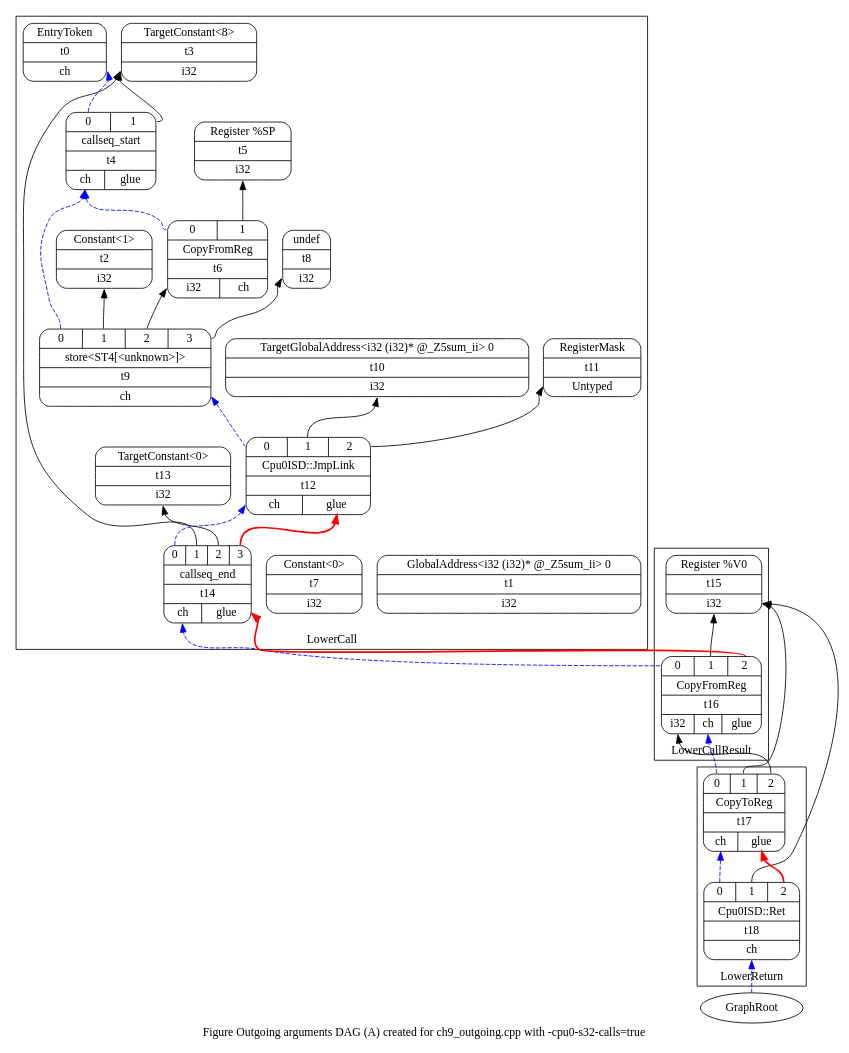
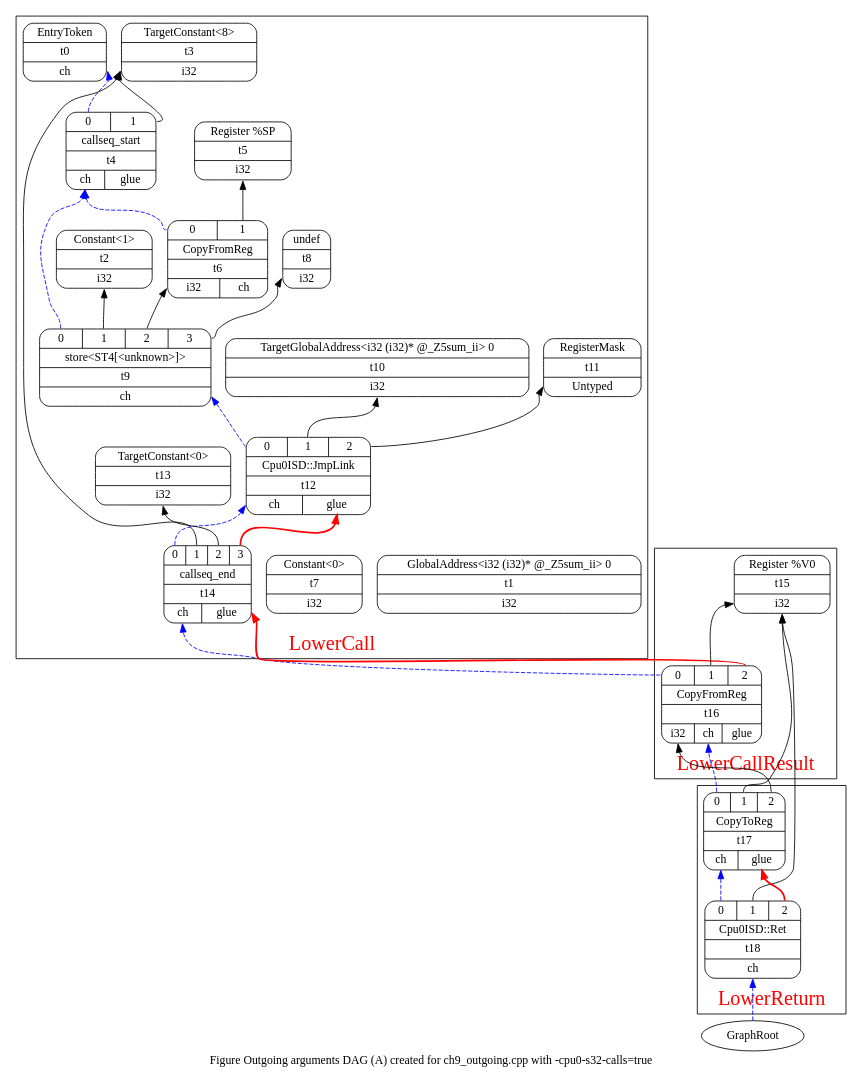
The diagram in Fig/funccall/outgoing-arg-S32.gv (Jonathan2251/lbd), drawn with Graphviz before and after one commit. The commit also changed 2 other files, not shown here.

Commit message:
use graphviz for chapter function call

```diff
--- a/Fig/funccall/outgoing-arg-S32.gv
+++ b/Fig/funccall/outgoing-arg-S32.gv
@@ -1,61 +1,67 @@
 digraph "dag-combine1 input for _Z10call_sum_iv:" {
 	rankdir="BT";
 	label="Figure Outgoing arguments DAG (A) created for ch9_outgoing.cpp with -cpu0-s32-calls=true";
 
   subgraph cluster_0 {
+    fontcolor=red;
+    fontsize=24;
     label = "LowerCall";
 	Node0x102f0d060 [shape=record,shape=Mrecord,label="{EntryToken|t0|{<d0>ch}}"];
 	Node0x10304f200 [shape=record,shape=Mrecord,label="{GlobalAddress\<i32 (i32)* @_Z5sum_ii\> 0|t1|{<d0>i32}}"];
 	Node0x10304f270 [shape=record,shape=Mrecord,label="{Constant\<1\>|t2|{<d0>i32}}"];
 	Node0x10304f2e0 [shape=record,shape=Mrecord,label="{TargetConstant\<8\>|t3|{<d0>i32}}"];
 	Node0x10304f350 [shape=record,shape=Mrecord,label="{{<s0>0|<s1>1}|callseq_start|t4|{<d0>ch|<d1>glue}}"];
 	Node0x10304f350:s0 -> Node0x102f0d060:d0[color=blue,style=dashed];
 	Node0x10304f350:s1 -> Node0x10304f2e0:d0;
 	Node0x10304f3c0 [shape=record,shape=Mrecord,label="{Register %SP|t5|{<d0>i32}}"];
 	Node0x10304f430 [shape=record,shape=Mrecord,label="{{<s0>0|<s1>1}|CopyFromReg|t6|{<d0>i32|<d1>ch}}"];
 	Node0x10304f430:s0 -> Node0x10304f350:d0[color=blue,style=dashed];
 	Node0x10304f430:s1 -> Node0x10304f3c0:d0;
 	Node0x10304f4a0 [shape=record,shape=Mrecord,label="{Constant\<0\>|t7|{<d0>i32}}"];
 	Node0x10304f510 [shape=record,shape=Mrecord,label="{undef|t8|{<d0>i32}}"];
 	Node0x10304f580 [shape=record,shape=Mrecord,label="{{<s0>0|<s1>1|<s2>2|<s3>3}|store\<ST4[\<unknown\>]\>|t9|{<d0>ch}}"];
 	Node0x10304f580:s0 -> Node0x10304f350:d0[color=blue,style=dashed];
 	Node0x10304f580:s1 -> Node0x10304f270:d0;
 	Node0x10304f580:s2 -> Node0x10304f430:d0;
 	Node0x10304f580:s3 -> Node0x10304f510:d0;
 	Node0x10304f5f0 [shape=record,shape=Mrecord,label="{TargetGlobalAddress\<i32 (i32)* @_Z5sum_ii\> 0|t10|{<d0>i32}}"];
 	Node0x10304f660 [shape=record,shape=Mrecord,label="{RegisterMask|t11|{<d0>Untyped}}"];
 	Node0x10304f6d0 [shape=record,shape=Mrecord,label="{{<s0>0|<s1>1|<s2>2}|Cpu0ISD::JmpLink|t12|{<d0>ch|<d1>glue}}"];
 	Node0x10304f6d0:s0 -> Node0x10304f580:d0[color=blue,style=dashed];
 	Node0x10304f6d0:s1 -> Node0x10304f5f0:d0;
 	Node0x10304f6d0:s2 -> Node0x10304f660:d0;
 	Node0x10304f740 [shape=record,shape=Mrecord,label="{TargetConstant\<0\>|t13|{<d0>i32}}"];
 	Node0x10304f7b0 [shape=record,shape=Mrecord,label="{{<s0>0|<s1>1|<s2>2|<s3>3}|callseq_end|t14|{<d0>ch|<d1>glue}}"];
 	Node0x10304f7b0:s0 -> Node0x10304f6d0:d0[color=blue,style=dashed];
 	Node0x10304f7b0:s1 -> Node0x10304f2e0:d0;
 	Node0x10304f7b0:s2 -> Node0x10304f740:d0;
 	Node0x10304f7b0:s3 -> Node0x10304f6d0:d1[color=red,style=bold];
   }
   subgraph cluster_1 {
+    fontcolor=red;
+    fontsize=24;
     label = "LowerCallResult";
 	Node0x10304f820 [shape=record,shape=Mrecord,label="{Register %V0|t15|{<d0>i32}}"];
 	Node0x10304f890 [shape=record,shape=Mrecord,label="{{<s0>0|<s1>1|<s2>2}|CopyFromReg|t16|{<d0>i32|<d1>ch|<d2>glue}}"];
   }
   subgraph cluster_2 {
+    fontcolor=red;
+    fontsize=24;
     label = "LowerReturn";
 	Node0x10304f900 [shape=record,shape=Mrecord,label="{{<s0>0|<s1>1|<s2>2}|CopyToReg|t17|{<d0>ch|<d1>glue}}"];
 	Node0x10304f970 [shape=record,shape=Mrecord,label="{{<s0>0|<s1>1|<s2>2}|Cpu0ISD::Ret|t18|{<d0>ch}}"];
   }
 	Node0x10304f890:s0 -> Node0x10304f7b0:d0[color=blue,style=dashed];
 	Node0x10304f890:s1 -> Node0x10304f820:d0;
 	Node0x10304f890:s2 -> Node0x10304f7b0:d1[color=red,style=bold];
 	
 	Node0x10304f900:s0 -> Node0x10304f890:d1[color=blue,style=dashed];
 	Node0x10304f900:s1 -> Node0x10304f820:d0;
 	Node0x10304f900:s2 -> Node0x10304f890:d0;
 	Node0x10304f970:s0 -> Node0x10304f900:d0[color=blue,style=dashed];
 	Node0x10304f970:s1 -> Node0x10304f820:d0;
 	Node0x10304f970:s2 -> Node0x10304f900:d1[color=red,style=bold];
 	
 	Node0x0[ plaintext=circle, label ="GraphRoot"];
 	Node0x0 -> Node0x10304f970:d0[color=blue,style=dashed];
 }
```
